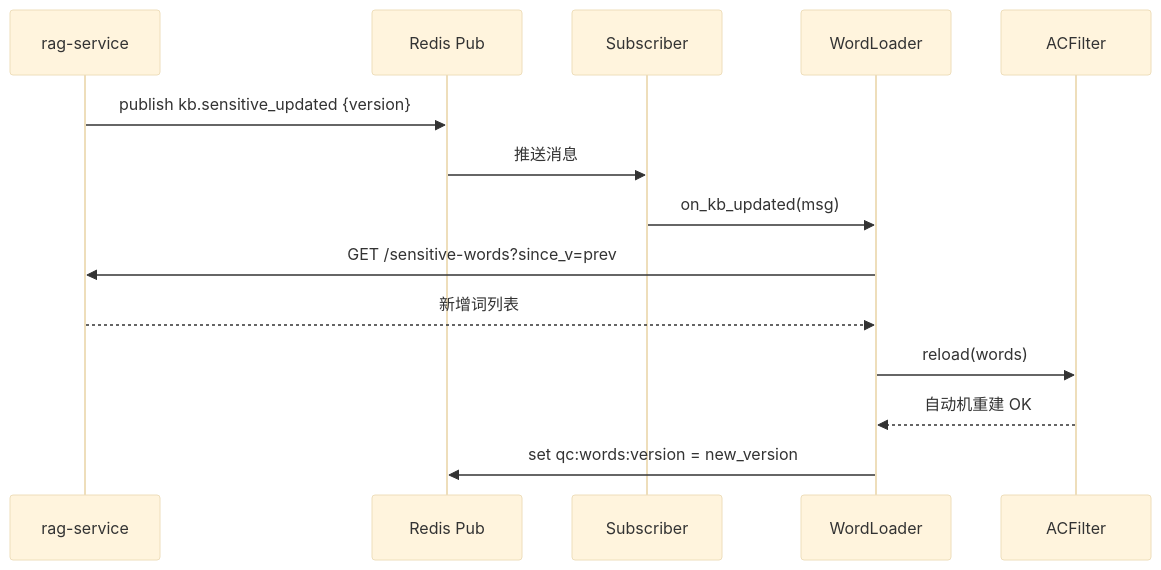
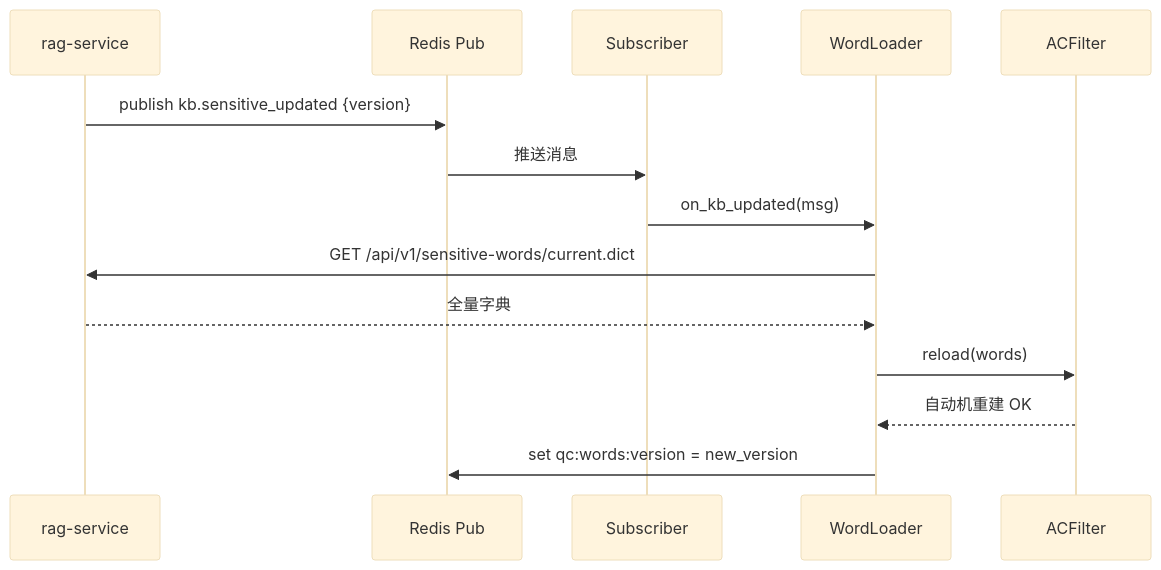
One commit to GavinYoung66/ai_collection changed the third of 4 diagrams in requirements_document/step2_需求PRD/DD-02-QUALITY-INSPECTION.md. Above: the diagram before and after it, drawn with Mermaid (base theme). The commit also changed other lines of this file and 25 other files, not shown here.

````diff
--- a/requirements_document/step2_需求PRD/DD-02-QUALITY-INSPECTION.md
+++ b/requirements_document/step2_需求PRD/DD-02-QUALITY-INSPECTION.md
@@ -302,16 +1373,16 @@
 ```mermaid
 sequenceDiagram
     participant RAG as rag-service
     participant RP as Redis Pub
     participant Sub as Subscriber
     participant WL as WordLoader
     participant AC as ACFilter
     RAG->>RP: publish kb.sensitive_updated {version}
     RP->>Sub: 推送消息
     Sub->>WL: on_kb_updated(msg)
-    WL->>RAG: GET /sensitive-words?since_v=prev
-    RAG-->>WL: 新增词列表
+    WL->>RAG: GET /api/v1/sensitive-words/current.dict
+    RAG-->>WL: 全量字典
     WL->>AC: reload(words)
     AC-->>WL: 自动机重建 OK
     WL->>RP: set qc:words:version = new_version
 ```
````
